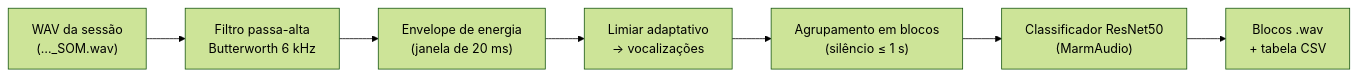
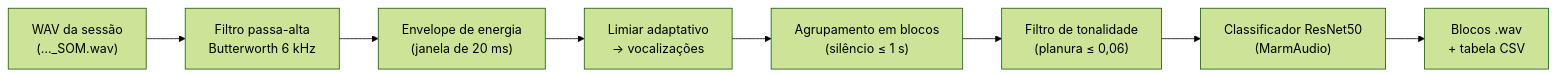
One commit to DvdMeneses/marmovoc changed the diagram in README.md. Above: the diagram before and after it, drawn with Mermaid (forest theme). The commit also changed other lines of this file and 7 other files, not shown here.

First line of the commit message:
Filtro de tonalidade (planura espectral) e colunas spectral_flatness/snr_db; versão 0.5.0

````diff
--- a/README.md
+++ b/README.md
@@ -34,9 +34,10 @@
 ```mermaid
 flowchart LR
     A["WAV da sessão<br/>(…_SOM.wav)"] --> B["Filtro passa-alta<br/>Butterworth 6 kHz"]
     B --> C["Envelope de energia<br/>(janela de 20 ms)"]
     C --> D["Limiar adaptativo<br/>→ vocalizações"]
     D --> E["Agrupamento em blocos<br/>(silêncio ≤ 1 s)"]
-    E --> F["Classificador ResNet50<br/>(MarmAudio)"]
+    E --> T["Filtro de tonalidade<br/>(planura ≤ 0,06)"]
+    T --> F["Classificador ResNet50<br/>(MarmAudio)"]
     F --> G["Blocos .wav<br/>+ tabela CSV"]
 ```
````
